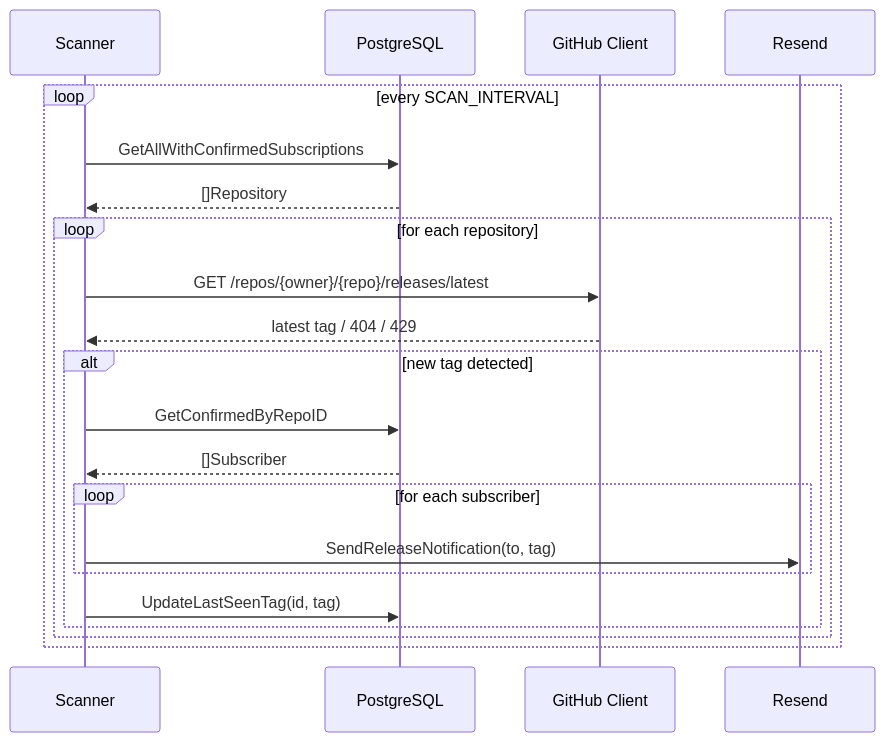
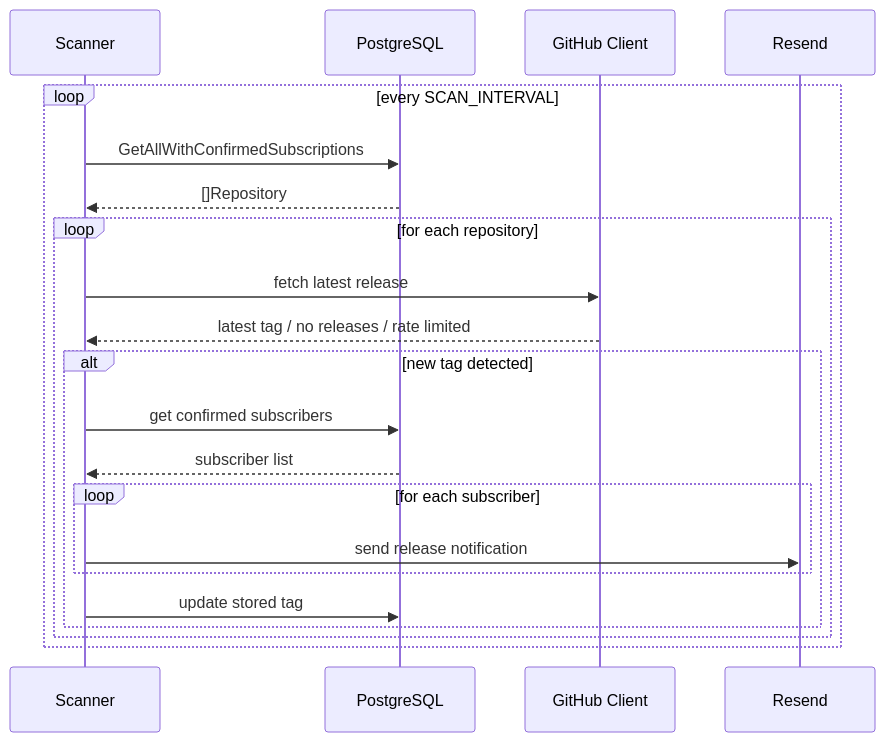
The fourth of 5 diagrams in docs/system-design-document.md (GenesisEducationKyiv/software-engineering-school-6-0-posulka50), drawn with Mermaid before and after one commit. The commit also changed other lines of this file and 1 other file, not shown here.

````diff
--- a/docs/system-design-document.md
+++ b/docs/system-design-document.md
@@ -224,26 +224,26 @@
 ```mermaid
 sequenceDiagram
     participant Scanner
     participant DB as PostgreSQL
     participant GH as GitHub Client
     participant Email as Resend
 
     loop every SCAN_INTERVAL
         Scanner->>DB: GetAllWithConfirmedSubscriptions
         DB-->>Scanner: []Repository
 
         loop for each repository
-            Scanner->>GH: GET /repos/{owner}/{repo}/releases/latest
-            GH-->>Scanner: latest tag / 404 / 429
+            Scanner->>GH: fetch latest release
+            GH-->>Scanner: latest tag / no releases / rate limited
 
             alt new tag detected
-                Scanner->>DB: GetConfirmedByRepoID
-                DB-->>Scanner: []Subscriber
+                Scanner->>DB: get confirmed subscribers
+                DB-->>Scanner: subscriber list
                 loop for each subscriber
-                    Scanner->>Email: SendReleaseNotification(to, tag)
+                    Scanner->>Email: send release notification
                 end
-                Scanner->>DB: UpdateLastSeenTag(id, tag)
+                Scanner->>DB: update stored tag
             end
         end
     end
 ```
````
